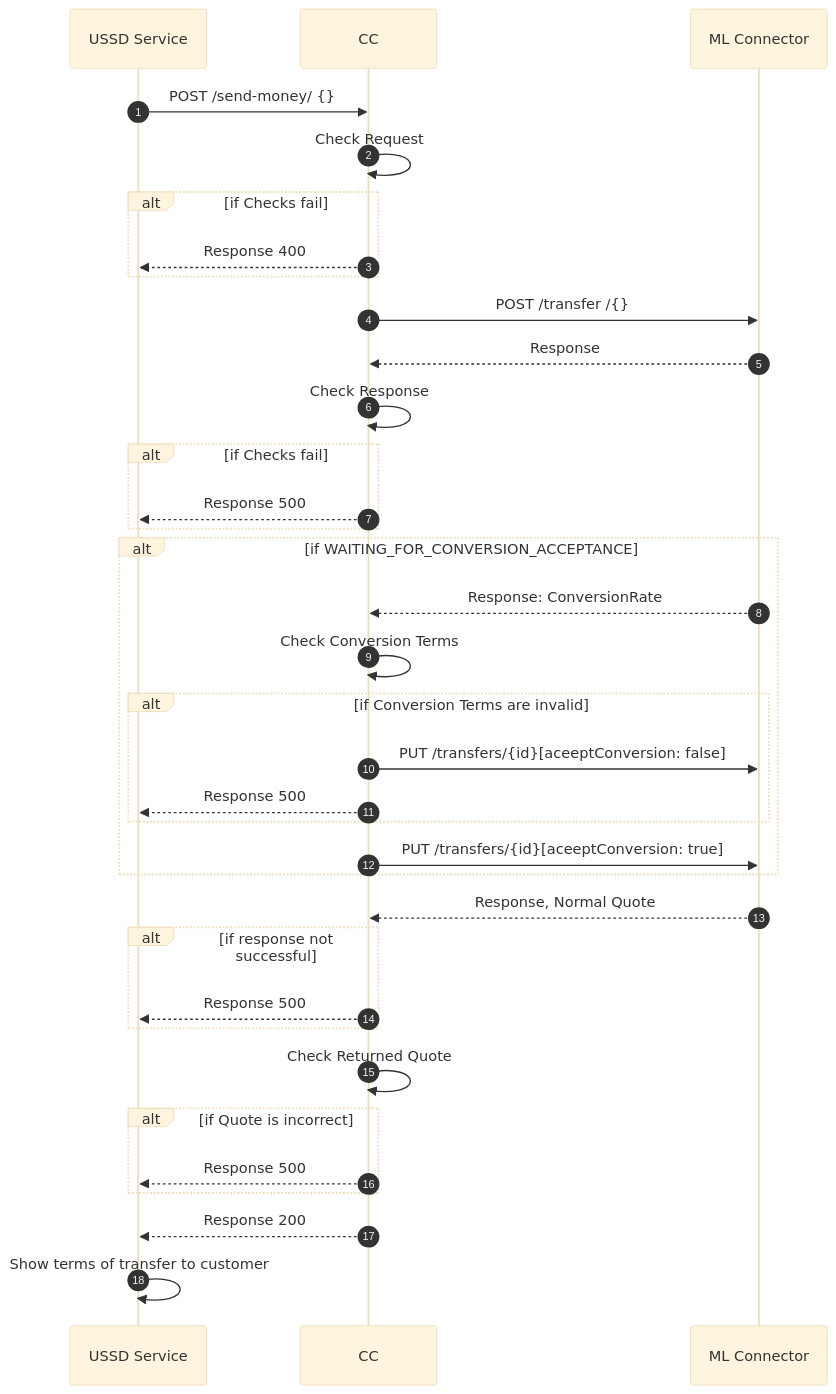
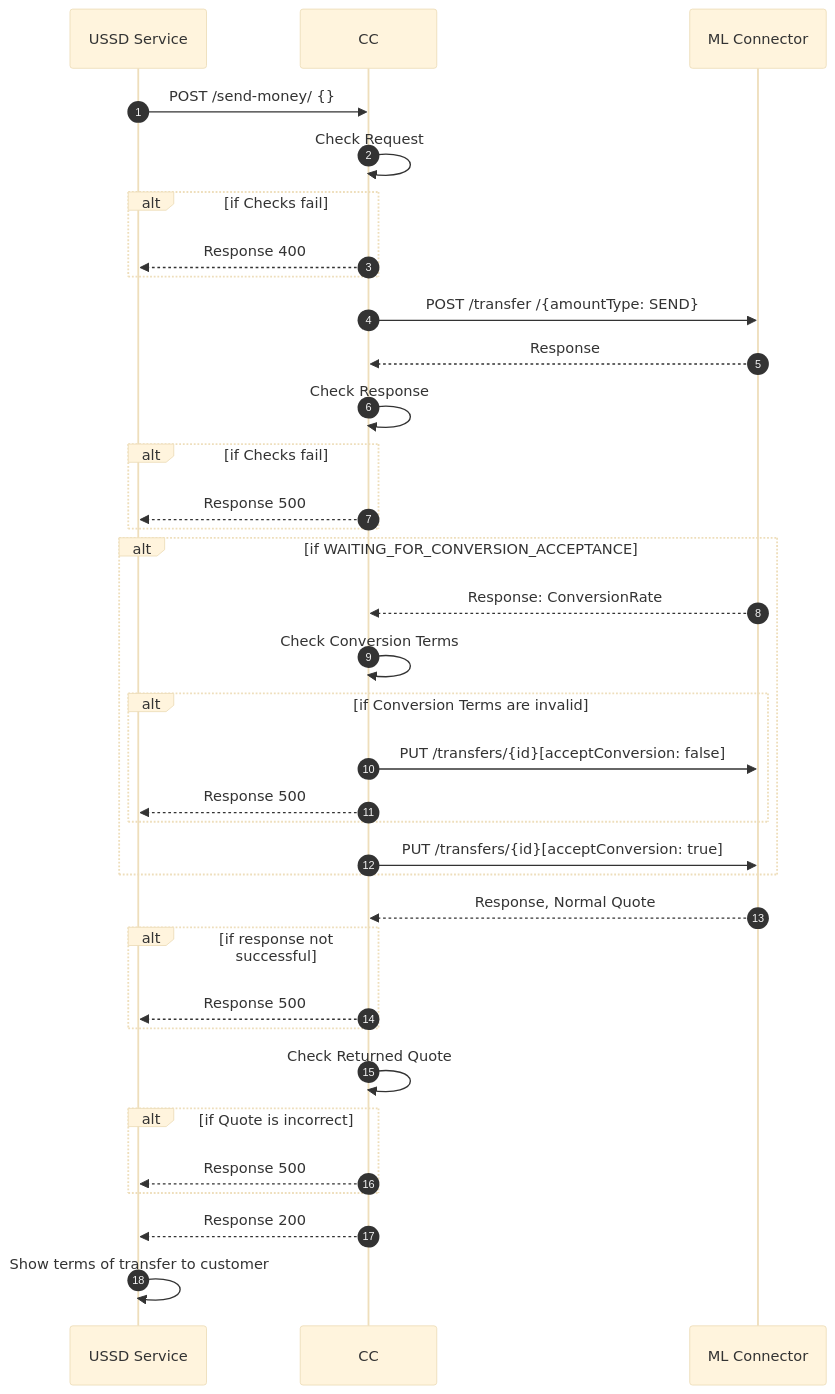
The diagram in mtn-ug-core-connector/docs/payer-send-money.md (mojaloop/ml-reference-connectors), drawn with Mermaid (base theme) before and after one commit. The commit also changed 5 other files, not shown here.

````diff
--- a/mtn-ug-core-connector/docs/payer-send-money.md
+++ b/mtn-ug-core-connector/docs/payer-send-money.md
@@ -11,35 +11,35 @@
 ```mermaid
 sequenceDiagram
   autoNumber
   USSD Service->>CC: POST /send-money/ {}
   CC->>CC: Check Request
   Alt if Checks fail
   CC-->>USSD Service: Response 400
   End
-  CC->>ML Connector: POST /transfer /{}
+  CC->>ML Connector: POST /transfer /{amountType: SEND}
   ML Connector-->>CC: Response
   CC->> CC: Check Response
   Alt if Checks fail
   CC-->>USSD Service: Response 500
   End
 
   Alt if WAITING_FOR_CONVERSION_ACCEPTANCE
   ML Connector-->>CC: Response: ConversionRate
   CC->>CC: Check Conversion Terms
   Alt if Conversion Terms are invalid
-  CC->>ML Connector: PUT /transfers/{id}[aceeptConversion: false]
+  CC->>ML Connector: PUT /transfers/{id}[acceptConversion: false]
   CC-->>USSD Service: Response 500
   End
-  CC->>ML Connector: PUT /transfers/{id}[aceeptConversion: true]
+  CC->>ML Connector: PUT /transfers/{id}[acceptConversion: true]
   End
   ML Connector-->>CC:Response, Normal Quote
   Alt if response not successful
   CC-->>USSD Service: Response 500
   End
   CC->>CC: Check Returned Quote
   Alt if Quote is incorrect
   CC-->>USSD Service: Response 500
   End
   CC-->>USSD Service: Response 200
   USSD Service->>USSD Service:Show terms of transfer to customer
 ```
````
